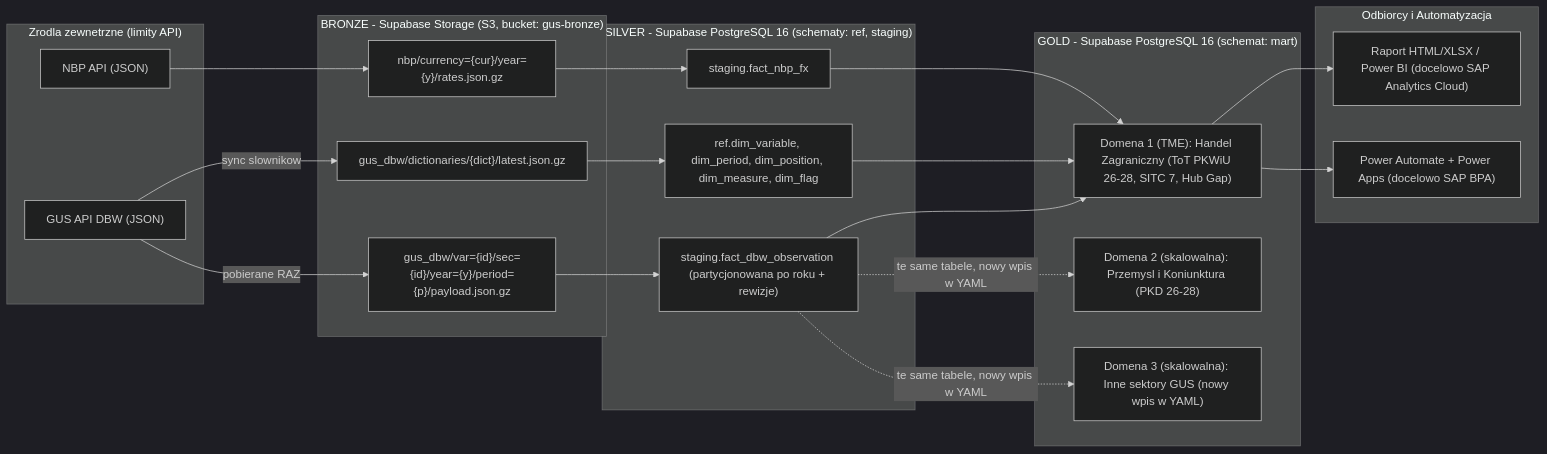
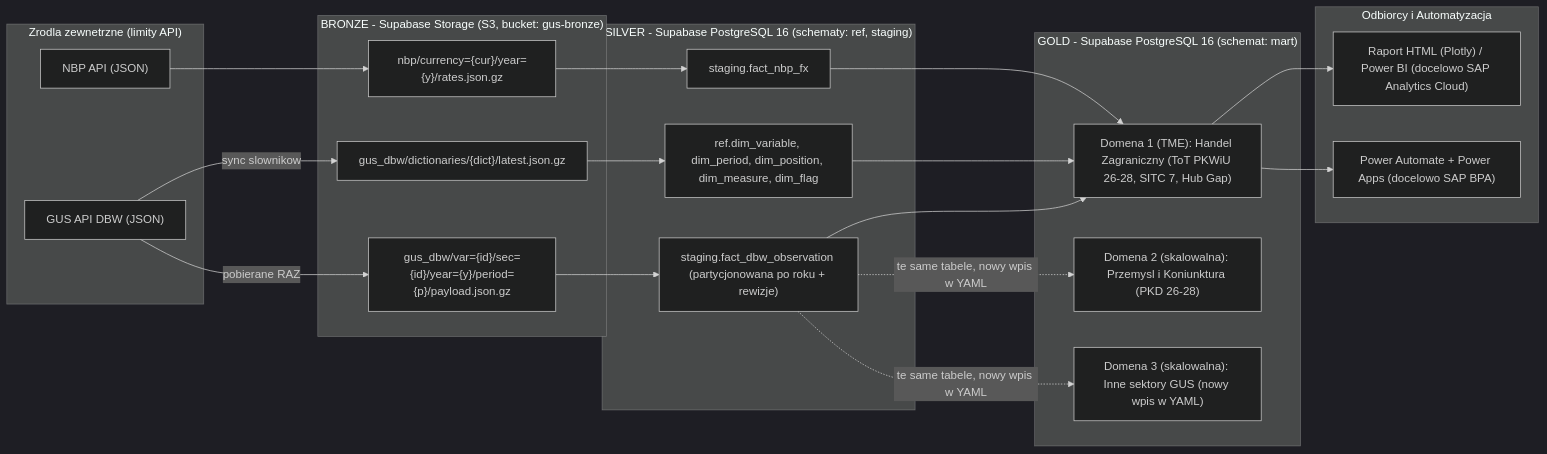
One commit to Szymon110903/tme-gus-export-sourcing-pulse changed the second of 2 diagrams in docs/data_model_and_cloud_storage.md. Above: the diagram before and after it, drawn with Mermaid (dark theme). The commit also changed other lines of this file and 1 other file, not shown here.

````diff
--- a/docs/data_model_and_cloud_storage.md
+++ b/docs/data_model_and_cloud_storage.md
@@ -96,44 +96,44 @@
 ```mermaid
 flowchart LR
     subgraph EXT["Zrodla zewnetrzne (limity API)"]
         GUS["GUS API DBW (JSON)"]
         NBP["NBP API (JSON)"]
     end
 
     subgraph BRONZE["BRONZE - Supabase Storage (S3, bucket: gus-bronze)"]
         B1["gus_dbw/var={id}/sec={id}/year={y}/period={p}/payload.json.gz"]
         B2["gus_dbw/dictionaries/{dict}/latest.json.gz"]
         B3["nbp/currency={cur}/year={y}/rates.json.gz"]
     end
 
     subgraph SILVER["SILVER - Supabase PostgreSQL 16 (schematy: ref, staging)"]
         S1["staging.fact_dbw_observation (partycjonowana po roku + rewizje)"]
         S2["ref.dim_variable, dim_period, dim_position, dim_measure, dim_flag"]
         S3["staging.fact_nbp_fx"]
     end
 
     subgraph GOLD["GOLD - Supabase PostgreSQL 16 (schemat: mart)"]
         G1["Domena 1 (TME): Handel Zagraniczny (ToT PKWiU 26-28, SITC 7, Hub Gap)"]
         G2["Domena 2 (skalowalna): Przemysl i Koniunktura (PKD 26-28)"]
         G3["Domena 3 (skalowalna): Inne sektory GUS (nowy wpis w YAML)"]
     end
 
     subgraph CONS["Odbiorcy i Automatyzacja"]
-        BI["Raport HTML/XLSX / Power BI (docelowo SAP Analytics Cloud)"]
+        BI["Raport HTML (Plotly) / Power BI (docelowo SAP Analytics Cloud)"]
         AL["Power Automate + Power Apps (docelowo SAP BPA)"]
     end
 
     GUS -->|"pobierane RAZ"| B1
     GUS -->|"sync slownikow"| B2
     NBP --> B3
     B1 --> S1
     B2 --> S2
     B3 --> S3
     S1 --> G1
     S2 --> G1
     S3 --> G1
     S1 -. "te same tabele, nowy wpis w YAML" .-> G2
     S1 -. "te same tabele, nowy wpis w YAML" .-> G3
     G1 --> BI
     G1 --> AL
 ```
````
